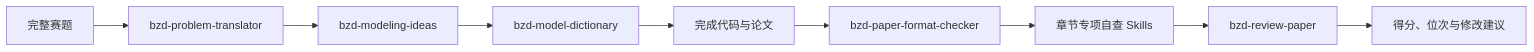
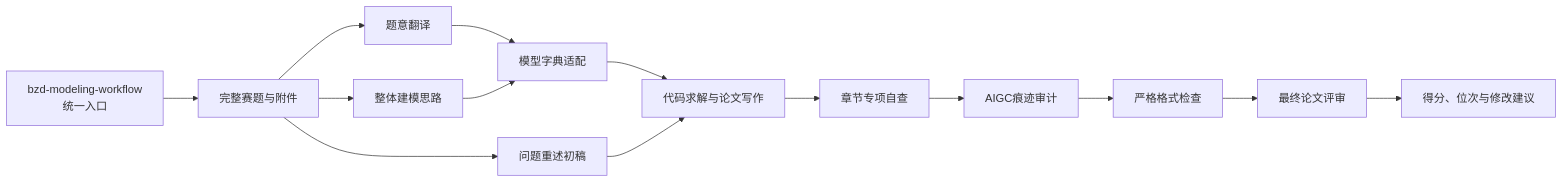
The diagram in README.md (BZDmathclub/bzd-math-modeling-skills), drawn with Mermaid before and after one commit. The commit also changed other lines of this file and 28 other files, not shown here.

````diff
--- a/README.md
+++ b/README.md
@@ -117,11 +74,16 @@
 ```mermaid
 flowchart LR
-    A["完整赛题"] --> B["bzd-problem-translator"]
-    B --> C["bzd-modeling-ideas"]
-    C --> D["bzd-model-dictionary"]
-    D --> E["完成代码与论文"]
-    E --> F["bzd-paper-format-checker"]
-    F --> G["章节专项自查 Skills"]
-    G --> H["bzd-review-paper"]
-    H --> I["得分、位次与修改建议"]
+    O["bzd-modeling-workflow<br/>统一入口"] --> A["完整赛题与附件"]
+    A --> B["题意翻译"]
+    A --> C["整体建模思路"]
+    A --> D["问题重述初稿"]
+    B --> E["模型字典适配"]
+    C --> E
+    E --> F["代码求解与论文写作"]
+    D --> F
+    F --> G["章节专项自查"]
+    G --> H["AIGC痕迹审计"]
+    H --> I["严格格式检查"]
+    I --> J["最终论文评审"]
+    J --> K["得分、位次与修改建议"]
 ```
````
